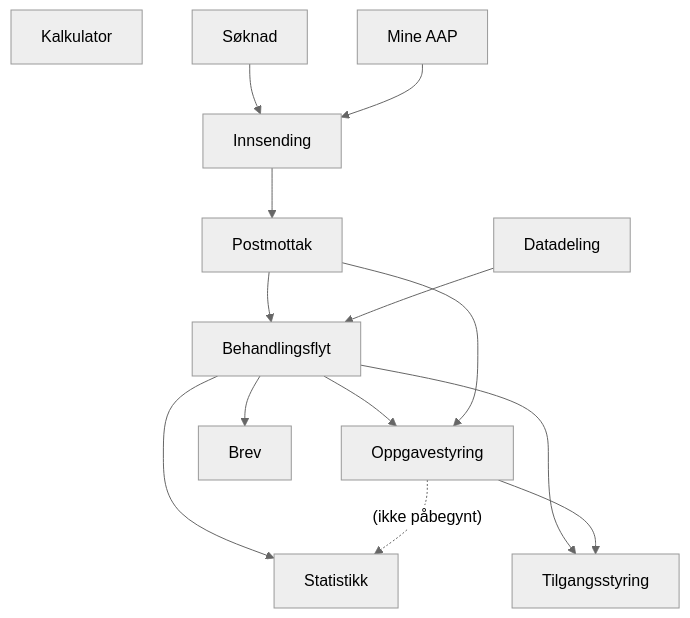
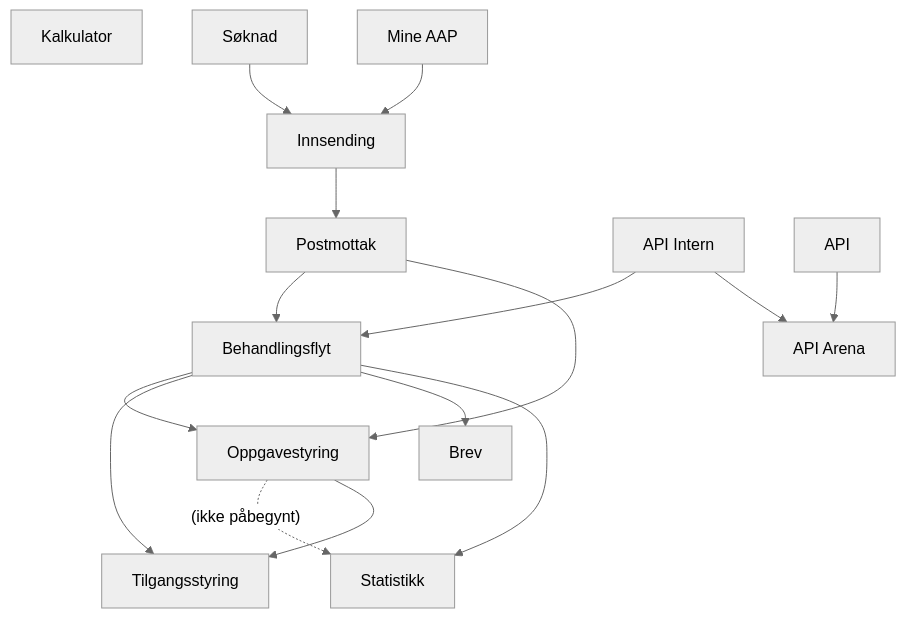
The diagram in docs/funksjonalitet/funksjonalitet.md (navikt/aap-intern-sysdok), drawn with Mermaid (neutral theme) before and after one commit.

Commit message:
Nevn API-er i komponentdiagram

````diff
--- a/docs/funksjonalitet/funksjonalitet.md
+++ b/docs/funksjonalitet/funksjonalitet.md
@@ -83,16 +83,19 @@
 ```mermaid
 graph TD
 KA[Kalkulator]
 SK[Søknad] --> IS[Innsending]
 MA[Mine AAP] --> IS
 IS --> PM[Postmottak]
 PM --> VT[Behandlingsflyt]
 VT --> OP[Oppgavestyring]
 VT --> TS[Tilgangsstyring]
 PM --> OP
 VT --> BR[Brev]
 VT --> ST[Statistikk]
 OP -. (ikke påbegynt) .-> ST
-DA[Datadeling] --> VT
+APII[API Intern] --> VT
+APIA[API Arena]
+API --> APIA
+APII --> APIA
 OP --> TS
 ```
````
